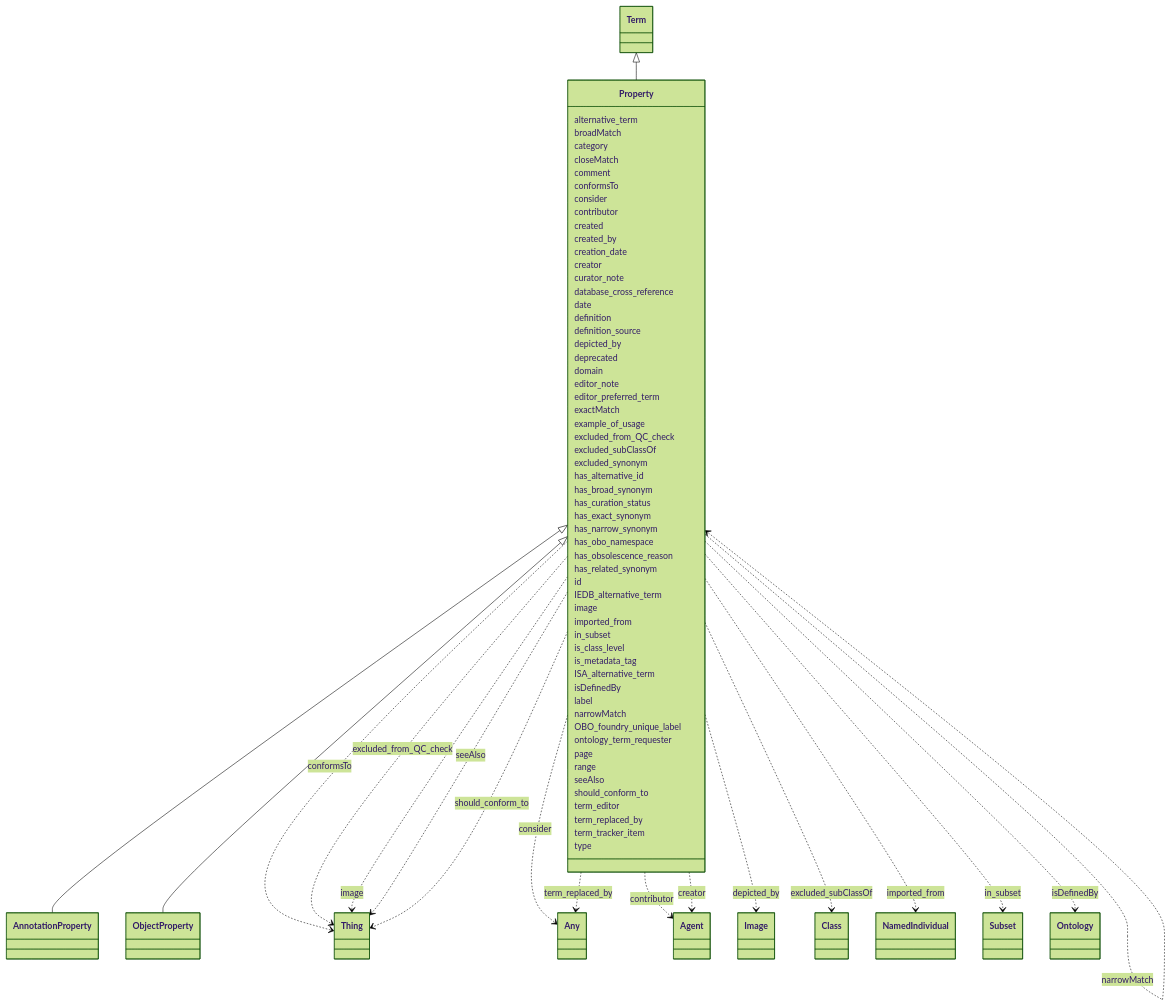
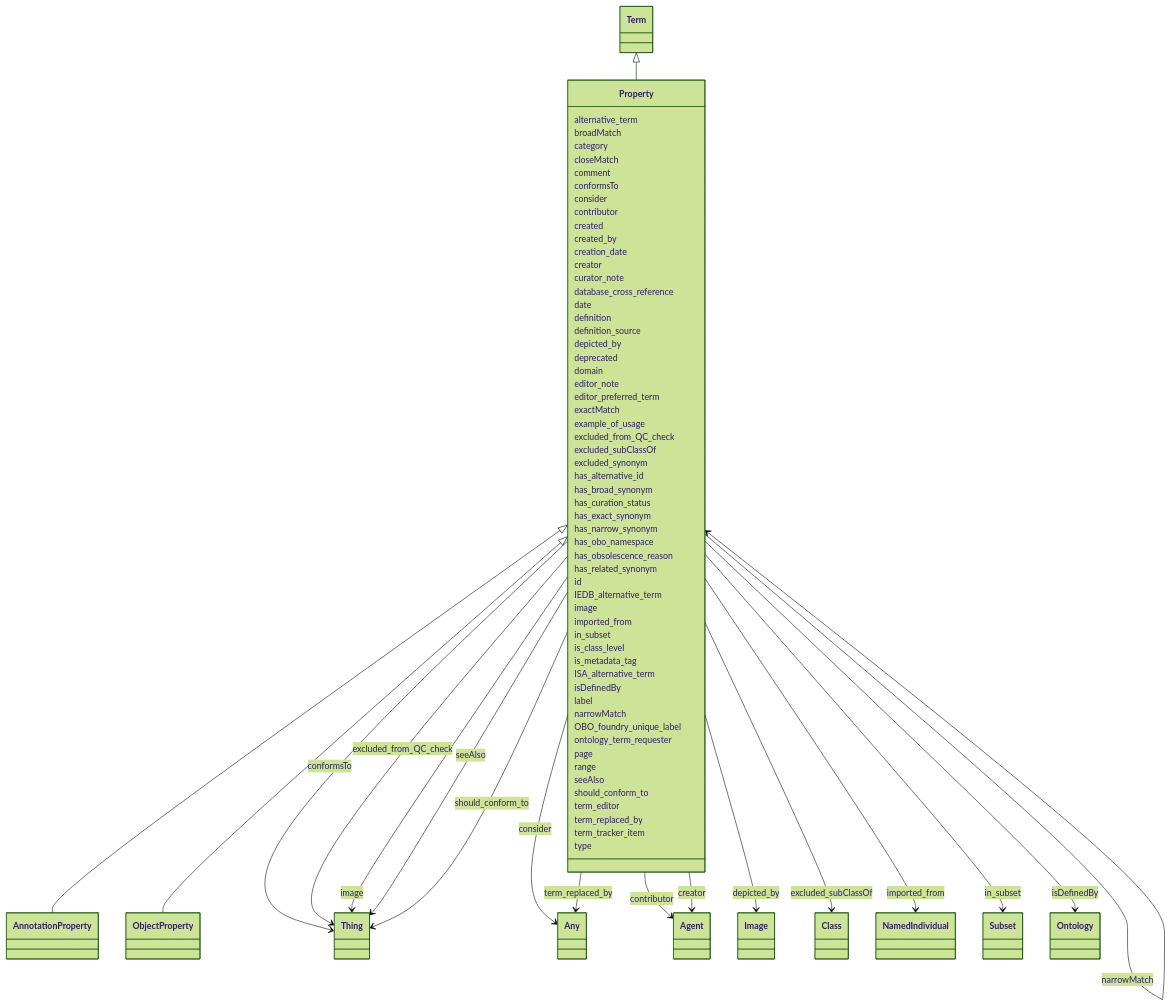
Before and after one commit to dalito/ontology-access-kit: the diagram in ontology-metadata/Property.md, drawn with Mermaid (forest theme). The commit also changed other lines of this file and 3370 other files, not shown here.

```diff
--- a/ontology-metadata/Property.md
+++ b/ontology-metadata/Property.md
@@ -22,27 +23,27 @@
         
       Property : broadMatch
         
-          Property ..> Property : broadMatch
+          Property --> Property : broadMatch
         
       Property : category
         
       Property : closeMatch
         
-          Property ..> Property : closeMatch
+          Property --> Property : closeMatch
         
       Property : comment
         
       Property : conformsTo
         
-          Property ..> Thing : conformsTo
+          Property --> Thing : conformsTo
         
       Property : consider
         
-          Property ..> Any : consider
+          Property --> Any : consider
         
       Property : contributor
         
-          Property ..> Agent : contributor
+          Property --> Agent : contributor
         
       Property : created
         
@@ -52,7 +53,7 @@
         
       Property : creator
         
-          Property ..> Agent : creator
+          Property --> Agent : creator
         
       Property : curator_note
         
@@ -66,7 +67,7 @@
         
       Property : depicted_by
         
-          Property ..> Image : depicted_by
+          Property --> Image : depicted_by
         
       Property : deprecated
         
@@ -78,17 +79,17 @@
         
       Property : exactMatch
         
-          Property ..> Property : exactMatch
+          Property --> Property : exactMatch
         
       Property : example_of_usage
         
       Property : excluded_from_QC_check
         
-          Property ..> Thing : excluded_from_QC_check
+          Property --> Thing : excluded_from_QC_check
         
       Property : excluded_subClassOf
         
-          Property ..> Class : excluded_subClassOf
+          Property --> Class : excluded_subClassOf
         
       Property : excluded_synonym
         
@@ -114,15 +115,15 @@
         
       Property : image
         
-          Property ..> Thing : image
+          Property --> Thing : image
         
       Property : imported_from
         
-          Property ..> NamedIndividual : imported_from
+          Property --> NamedIndividual : imported_from
         
       Property : in_subset
         
-          Property ..> Subset : in_subset
+          Property --> Subset : in_subset
         
       Property : is_class_level
         
@@ -132,13 +133,13 @@
         
       Property : isDefinedBy
         
-          Property ..> Ontology : isDefinedBy
+          Property --> Ontology : isDefinedBy
         
       Property : label
         
       Property : narrowMatch
         
-          Property ..> Property : narrowMatch
+          Property --> Property : narrowMatch
         
       Property : OBO_foundry_unique_label
         
@@ -150,17 +151,17 @@
         
       Property : seeAlso
         
-          Property ..> Thing : seeAlso
+          Property --> Thing : seeAlso
         
       Property : should_conform_to
         
-          Property ..> Thing : should_conform_to
+          Property --> Thing : should_conform_to
         
       Property : term_editor
         
       Property : term_replaced_by
         
-          Property ..> Any : term_replaced_by
+          Property --> Any : term_replaced_by
         
       Property : term_tracker_item
         
```
